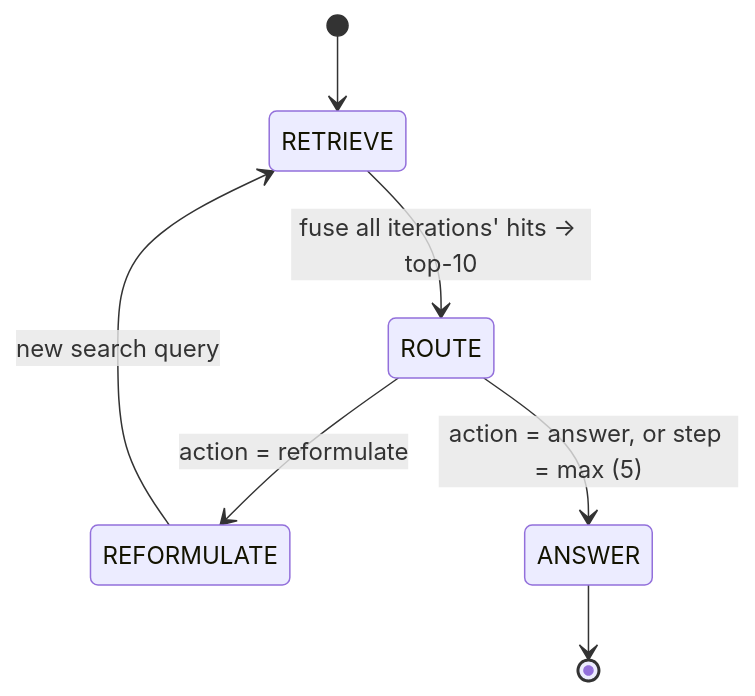
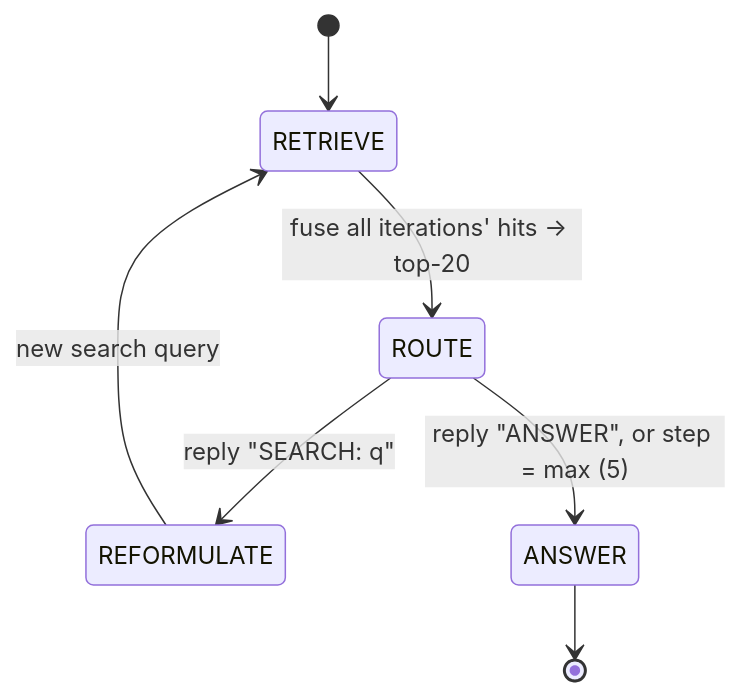
The third of 7 diagrams in thesis/chapter3_methodology.md (rudramansoomirtee-ctrl/rag-benchmark), drawn with Mermaid before and after one commit. The commit also changed other lines of this file, not shown here.

````diff
--- a/thesis/chapter3_methodology.md
+++ b/thesis/chapter3_methodology.md
@@ -145,9 +163,9 @@
 ```mermaid
 stateDiagram-v2
     [*] --> RETRIEVE
-    RETRIEVE --> ROUTE: fuse all iterations' hits → top-10
-    ROUTE --> REFORMULATE: action = reformulate
-    ROUTE --> ANSWER: action = answer, or step = max (5)
+    RETRIEVE --> ROUTE: fuse all iterations' hits → top-20
+    ROUTE --> REFORMULATE: reply "SEARCH: q"
+    ROUTE --> ANSWER: reply "ANSWER", or step = max (5)
     REFORMULATE --> RETRIEVE: new search query
     ANSWER --> [*]
 ```
````
